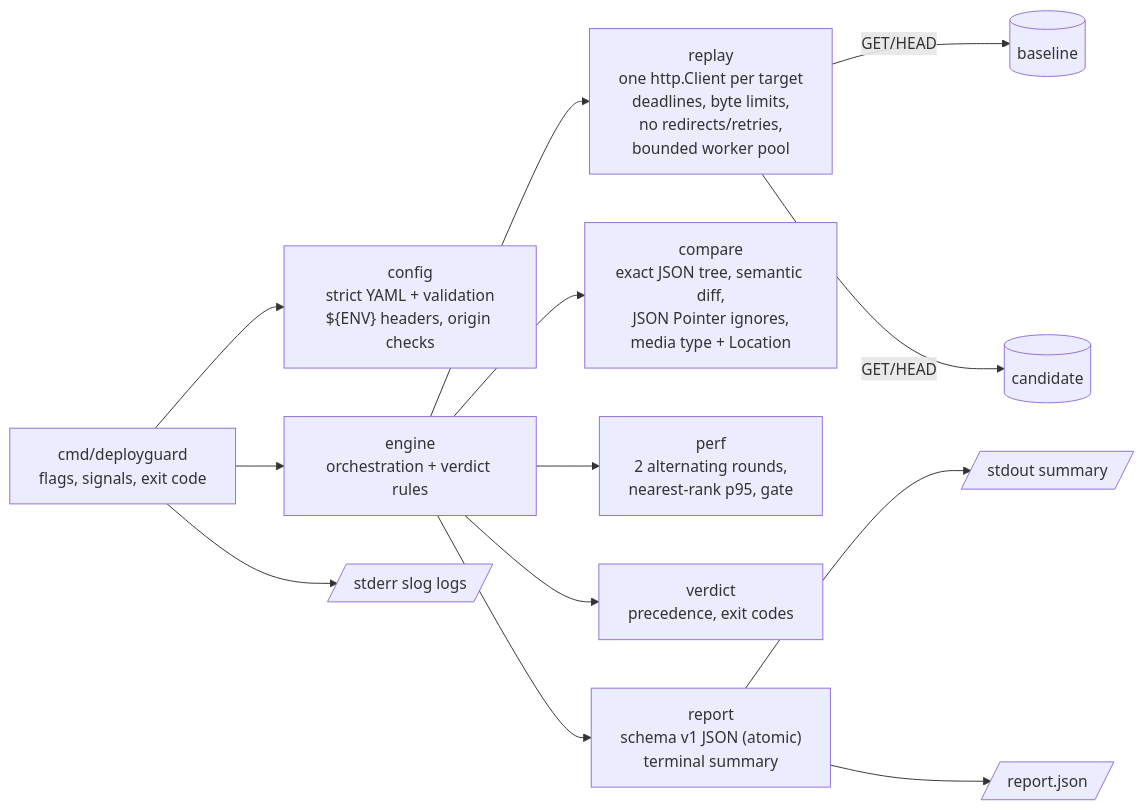
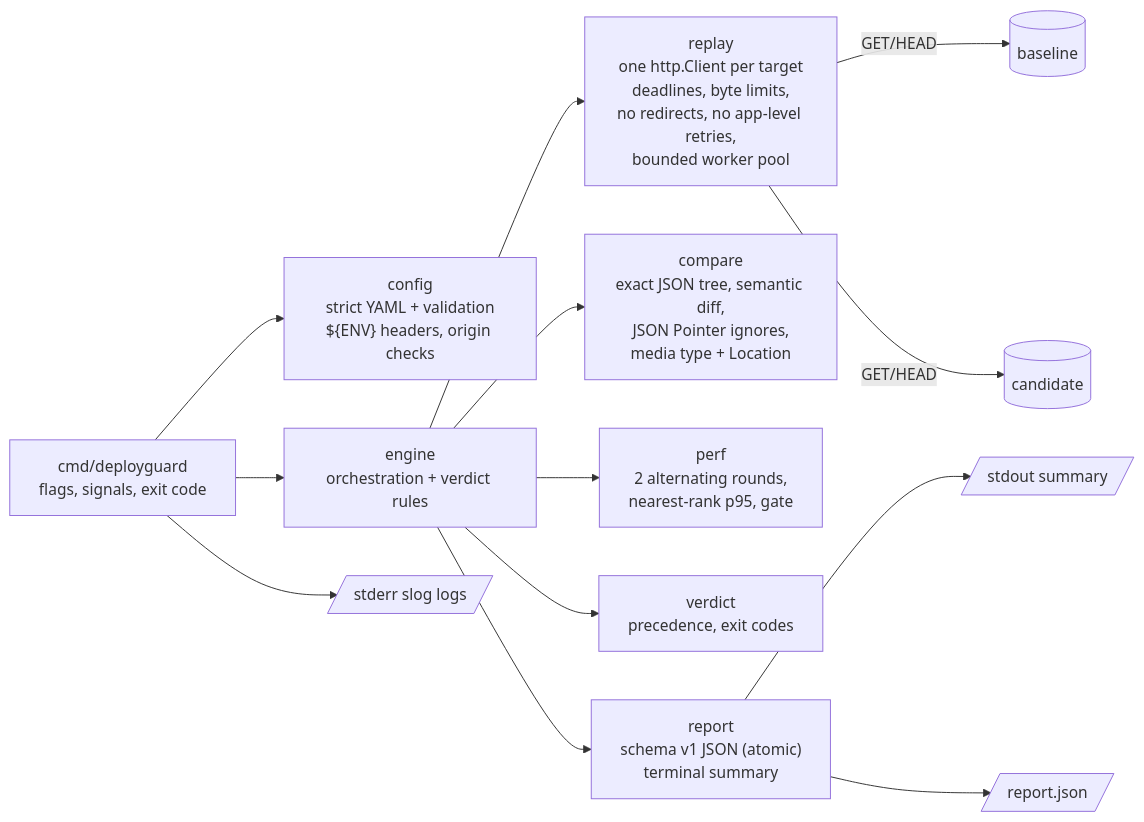
One commit to AddysEdge/deployguard changed the diagram in docs/architecture.md. Above: the diagram before and after it, drawn with Mermaid. The commit also changed other lines of this file and 17 other files, not shown here.

````diff
--- a/docs/architecture.md
+++ b/docs/architecture.md
@@ -5,15 +5,15 @@
 ```mermaid
 flowchart LR
     CLI["cmd/deployguard<br/>flags, signals, exit code"] --> CFG["config<br/>strict YAML + validation<br/>${ENV} headers, origin checks"]
     CLI --> ENG["engine<br/>orchestration + verdict rules"]
-    ENG --> RP["replay<br/>one http.Client per target<br/>deadlines, byte limits,<br/>no redirects/retries,<br/>bounded worker pool"]
+    ENG --> RP["replay<br/>one http.Client per target<br/>deadlines, byte limits,<br/>no redirects, no app-level retries,<br/>bounded worker pool"]
     RP -->|GET/HEAD| B[(baseline)]
     RP -->|GET/HEAD| C[(candidate)]
     ENG --> CMP["compare<br/>exact JSON tree, semantic diff,<br/>JSON Pointer ignores,<br/>media type + Location"]
     ENG --> PERF["perf<br/>2 alternating rounds,<br/>nearest-rank p95, gate"]
     ENG --> VER["verdict<br/>precedence, exit codes"]
     ENG --> REP["report<br/>schema v1 JSON (atomic)<br/>terminal summary"]
     REP --> OUT1[/stdout summary/]
     REP --> OUT2[/report.json/]
     CLI --> LOG[/stderr slog logs/]
 ```
````
